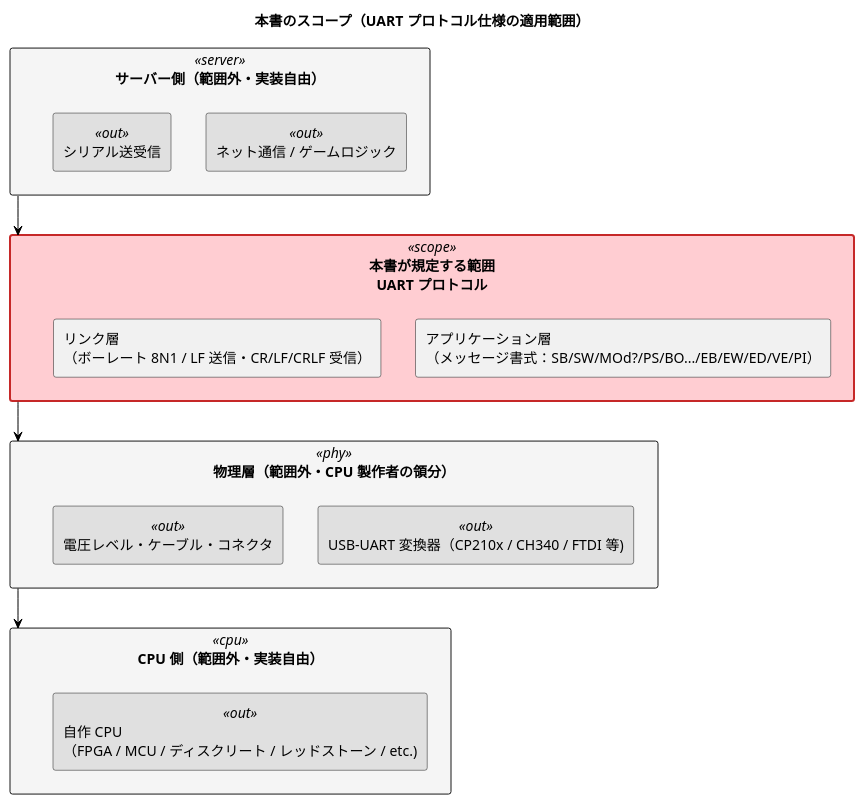
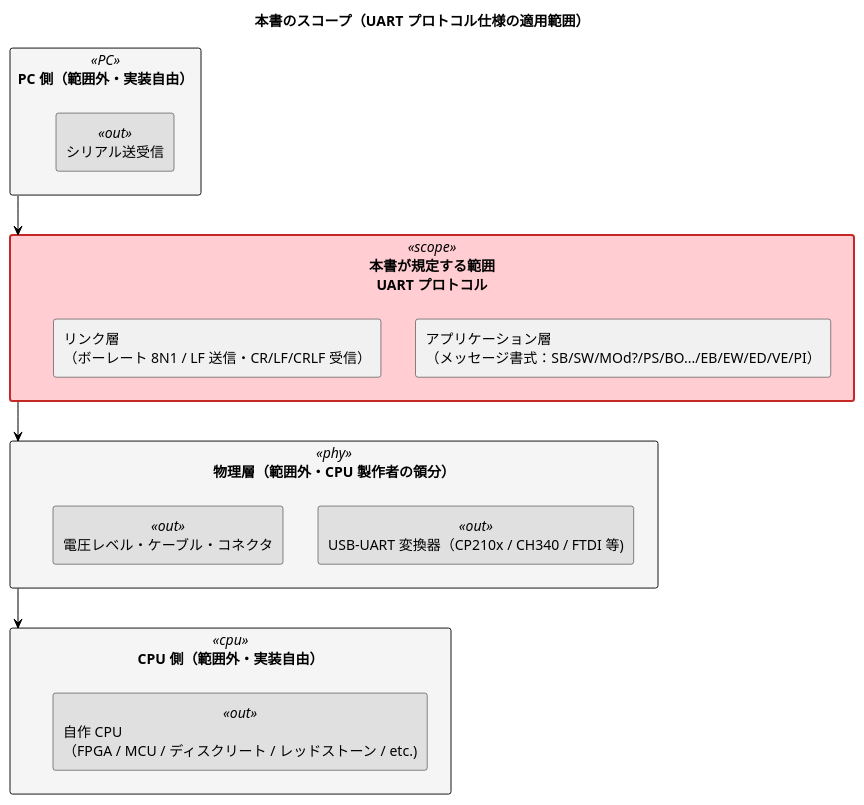
Before and after one commit to open-tommie/reversi-uart-protocol: the diagram in scope.puml, drawn with PlantUML. The commit also changed 14 other files, not shown here.

```diff
--- a/scope.puml
+++ b/scope.puml
@@ -1,41 +1,40 @@
 @startuml 61-scope
 title 本書のスコープ（UART プロトコル仕様の適用範囲）
 
 skinparam shadowing false
 skinparam rankdir TB
 skinparam ArrowColor black
 
 skinparam rectangle {
-    BackgroundColor<<server>> #F5F5F5
+    BackgroundColor<<PC>> #F5F5F5
     BackgroundColor<<scope>> #FFCDD2
     BorderColor<<scope>> #C62828
     BorderThickness<<scope>> 2
     BackgroundColor<<phy>> #F5F5F5
     BackgroundColor<<cpu>> #F5F5F5
     BackgroundColor<<out>> #E0E0E0
 }
 
-rectangle "サーバー側（範囲外・実装自由）" as server <<server>> {
-  rectangle "ネット通信 / ゲームロジック" as srv_game <<out>>
+rectangle "PC 側（範囲外・実装自由）" as server <<PC>> {
   rectangle "シリアル送受信" as srv_ser <<out>>
 }
 
 rectangle "本書が規定する範囲\nUART プロトコル" as scope <<scope>> {
   rectangle "アプリケーション層\n（メッセージ書式：SB/SW/MOd?/PS/BO.../EB/EW/ED/VE/PI）" as app
   rectangle "リンク層\n（ボーレート 8N1 / LF 送信・CR/LF/CRLF 受信）" as link
 }
 
 rectangle "物理層（範囲外・CPU 製作者の領分）" as phy <<phy>> {
   rectangle "USB-UART 変換器（CP210x / CH340 / FTDI 等)" as usb <<out>>
   rectangle "電圧レベル・ケーブル・コネクタ" as wire <<out>>
 }
 
 rectangle "CPU 側（範囲外・実装自由）" as cpu <<cpu>> {
   rectangle "自作 CPU\n（FPGA / MCU / ディスクリート / レッドストーン / etc.)" as mycpu <<out>>
 }
 
 server -down-> scope
 scope -down-> phy
 phy -down-> cpu
 
 @enduml
```
